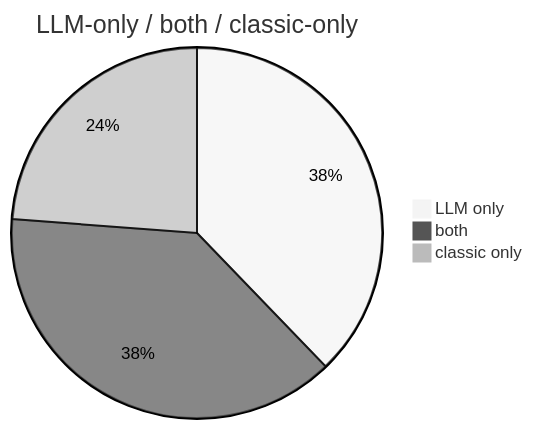
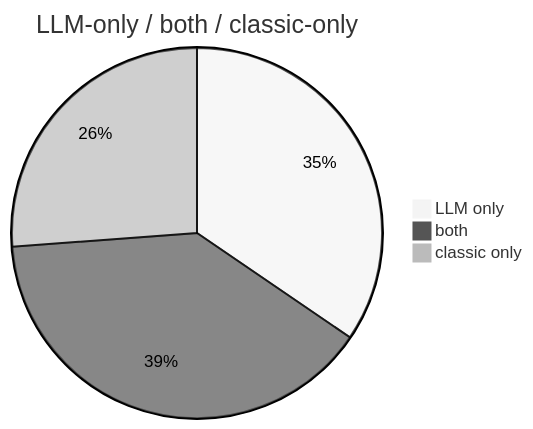
The second of 5 diagrams in docs/BENCHMARKS_extraction.md (MISP/ai-connector), drawn with Mermaid (neutral theme) before and after one commit. The commit also changed other lines of this file and 3 other files, not shown here.

````diff
--- a/docs/BENCHMARKS_extraction.md
+++ b/docs/BENCHMARKS_extraction.md
@@ -59,6 +63,6 @@
 ```mermaid
 pie title LLM-only / both / classic-only
-  "LLM only" : 743
-  "both" : 755
-  "classic only" : 468
+  "LLM only" : 645
+  "both" : 734
+  "classic only" : 489
 ```
````
